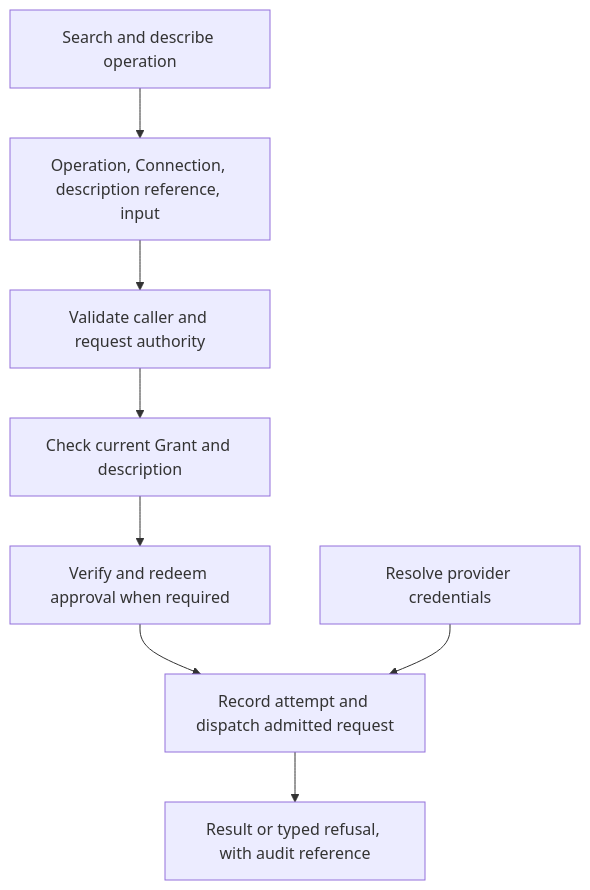
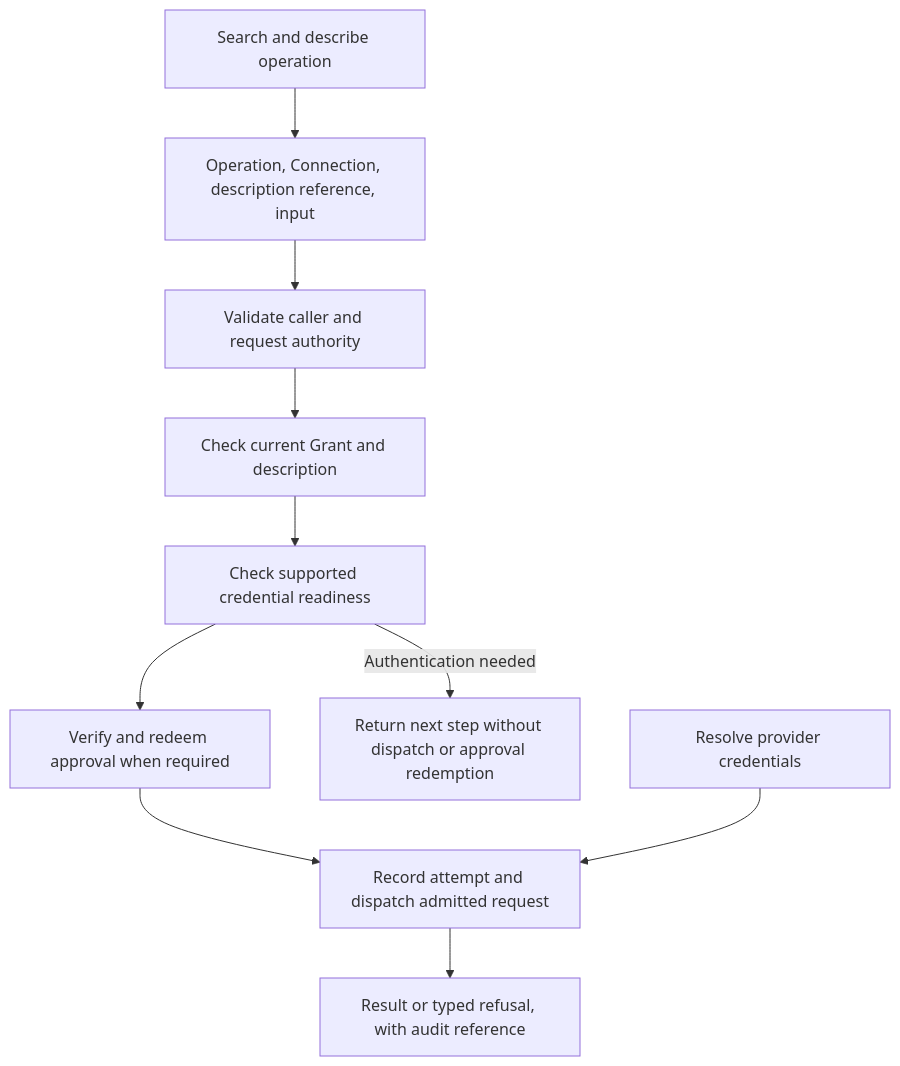
Before and after one commit to beyond10x/beyond10x.github.io: the diagram in inputs/sources/connectors/tree/docs/architecture/interfaces.md, drawn with Mermaid. The commit also changed other lines of this file and 660 other files, not shown here.

````diff
--- a/inputs/sources/connectors/tree/docs/architecture/interfaces.md
+++ b/inputs/sources/connectors/tree/docs/architecture/interfaces.md
@@ -19,12 +19,14 @@
 ```mermaid
 flowchart TB
     accTitle: A hosted write reaches the provider through admission
     accDescr: Describe the operation, bind the exact request, check authority and Grant, redeem required approval, and record the attempt before dispatch.
     discover[Search and describe operation] --> request[Operation, Connection, description reference, input]
     request --> admission[Validate caller and request authority]
     admission --> grant[Check current Grant and description]
-    grant --> approval[Verify and redeem approval when required]
+    grant --> readiness[Check supported credential readiness]
+    readiness --> approval[Verify and redeem approval when required]
+    readiness -->|Authentication needed| connect[Return next step without dispatch or approval redemption]
     approval --> dispatch[Record attempt and dispatch admitted request]
     credentials[Resolve provider credentials] --> dispatch
     dispatch --> result[Result or typed refusal, with audit reference]
 ```
````
